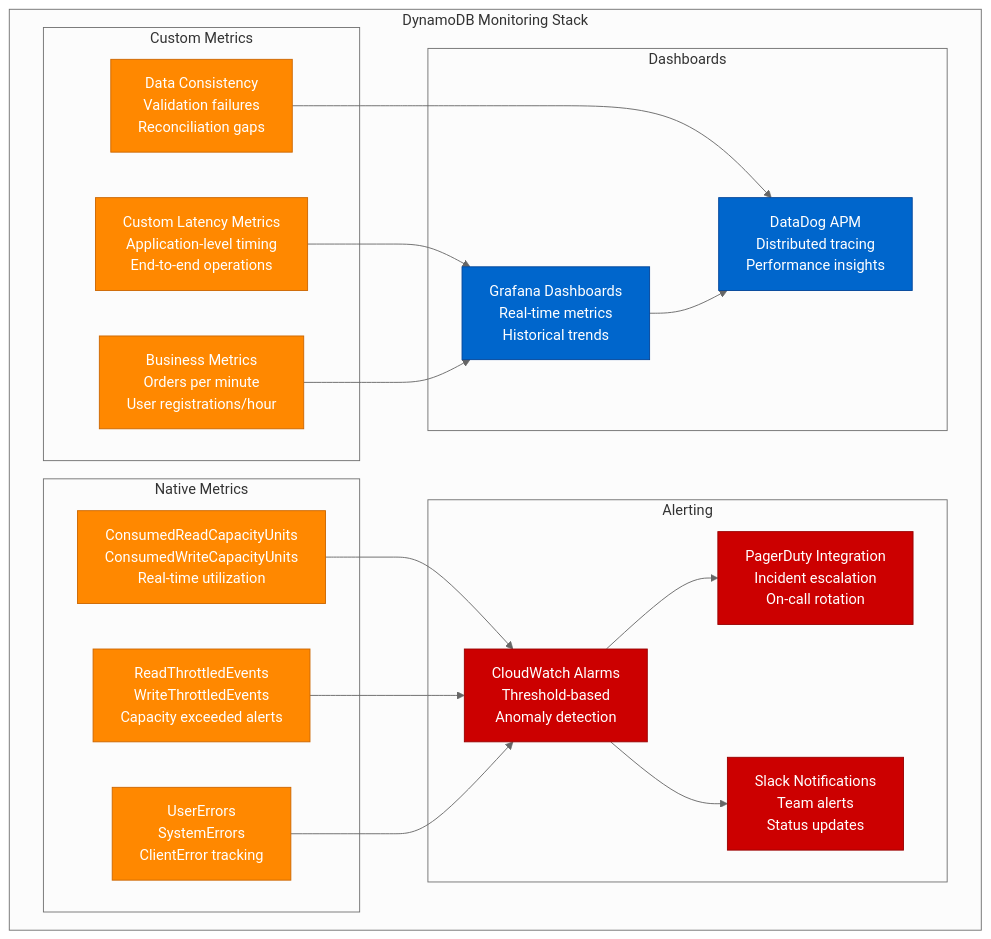
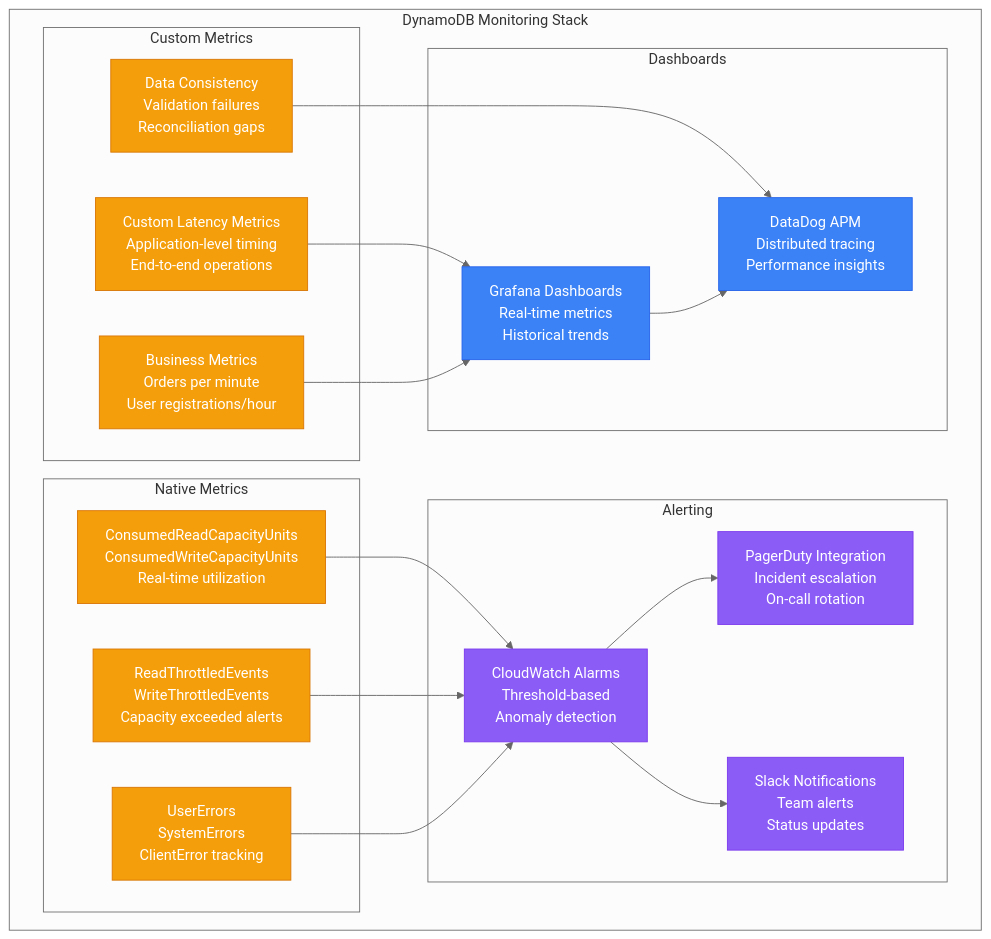
Before and after one commit to deepaucksharma/DS: the ninth of 10 diagrams in site/docs/migrations/postgresql-to-dynamodb.md, drawn with Mermaid (neutral theme). The commit also changed other lines of this file and 303 other files, not shown here.

````diff
--- a/site/docs/migrations/postgresql-to-dynamodb.md
+++ b/site/docs/migrations/postgresql-to-dynamodb.md
@@ -1029,56 +1029,56 @@
 ```mermaid
 graph TB
     subgraph "DynamoDB Monitoring Stack"
         subgraph "Native Metrics"
             CONSUMED[ConsumedReadCapacityUnits<br/>ConsumedWriteCapacityUnits<br/>Real-time utilization]
             
             THROTTLES[ReadThrottledEvents<br/>WriteThrottledEvents<br/>Capacity exceeded alerts]
             
             ERRORS[UserErrors<br/>SystemErrors<br/>ClientError tracking]
         end
         
         subgraph "Custom Metrics"
             LATENCY[Custom Latency Metrics<br/>Application-level timing<br/>End-to-end operations]
             
             BUSINESS[Business Metrics<br/>Orders per minute<br/>User registrations/hour]
             
             CONSISTENCY[Data Consistency<br/>Validation failures<br/>Reconciliation gaps]
         end
         
         subgraph "Alerting"
             CW_ALARMS[CloudWatch Alarms<br/>Threshold-based<br/>Anomaly detection]
             
             PAGER[PagerDuty Integration<br/>Incident escalation<br/>On-call rotation]
             
             SLACK[Slack Notifications<br/>Team alerts<br/>Status updates]
         end
         
         subgraph "Dashboards"
             GRAFANA[Grafana Dashboards<br/>Real-time metrics<br/>Historical trends]
             
             DATADOG[DataDog APM<br/>Distributed tracing<br/>Performance insights]
         end
     end
 
     CONSUMED --> CW_ALARMS
     THROTTLES --> CW_ALARMS
     ERRORS --> CW_ALARMS
     
     LATENCY --> GRAFANA
     BUSINESS --> GRAFANA
     CONSISTENCY --> DATADOG
     
     CW_ALARMS --> PAGER
     CW_ALARMS --> SLACK
     
     GRAFANA --> DATADOG
 
     %% Apply colors
-    classDef metricsStyle fill:#FF8800,stroke:#CC6600,color:#fff
-    classDef alertStyle fill:#CC0000,stroke:#990000,color:#fff
-    classDef dashboardStyle fill:#0066CC,stroke:#004499,color:#fff
+    classDef metricsStyle fill:#F59E0B,stroke:#D97706,color:#fff
+    classDef alertStyle fill:#8B5CF6,stroke:#7C3AED,color:#fff
+    classDef dashboardStyle fill:#3B82F6,stroke:#2563EB,color:#fff
 
     class CONSUMED,THROTTLES,ERRORS,LATENCY,BUSINESS,CONSISTENCY metricsStyle
     class CW_ALARMS,PAGER,SLACK alertStyle
     class GRAFANA,DATADOG dashboardStyle
 ```
````
